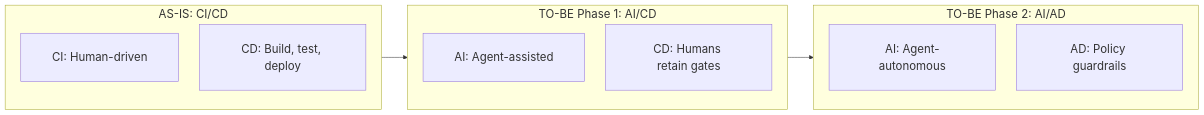
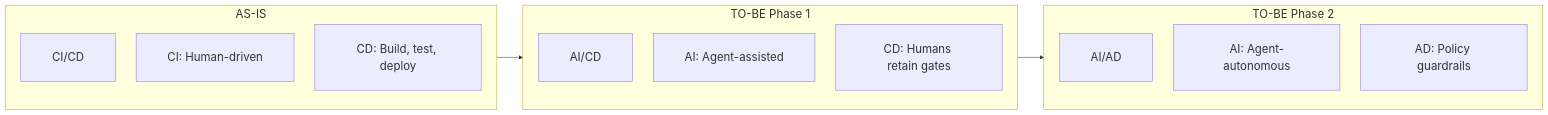
One commit to torbenanderson/icebox-cli changed the first of 2 diagrams in docs/process/README.md. Above: the diagram before and after it, drawn with Mermaid.

Commit message:
docs(process): update process README

````diff
--- a/docs/process/README.md
+++ b/docs/process/README.md
@@ -9,23 +9,26 @@
 ```mermaid
 %%{init: {'themeVariables': {'fontSize': '22px'}, 'flowchart': {'padding': 30, 'nodeSpacing': 40, 'rankSpacing': 50, 'subGraphTitleMargin': 50}}}%%
 flowchart LR
-  subgraph ASIS["AS-IS: CI/CD"]
+  subgraph ASIS["AS-IS"]
     direction TB
+    C0[CI/CD]
     C1[CI: Human-driven]
     C2[CD: Build, test, deploy]
   end
-  subgraph TOBE1["TO-BE Phase 1: AI/CD"]
+  subgraph TOBE1["TO-BE Phase 1"]
     direction TB
+    A0[AI/CD]
     A1[AI: Agent-assisted]
     A2[CD: Humans retain gates]
   end
-  subgraph TOBE2["TO-BE Phase 2: AI/AD"]
+  subgraph TOBE2["TO-BE Phase 2"]
     direction TB
+    D0[AI/AD]
     D1[AI: Agent-autonomous]
     D2[AD: Policy guardrails]
   end
   ASIS --> TOBE1 --> TOBE2
   style ASIS min-width: 260px
   style TOBE1 min-width: 260px
   style TOBE2 min-width: 260px
 ```
````
